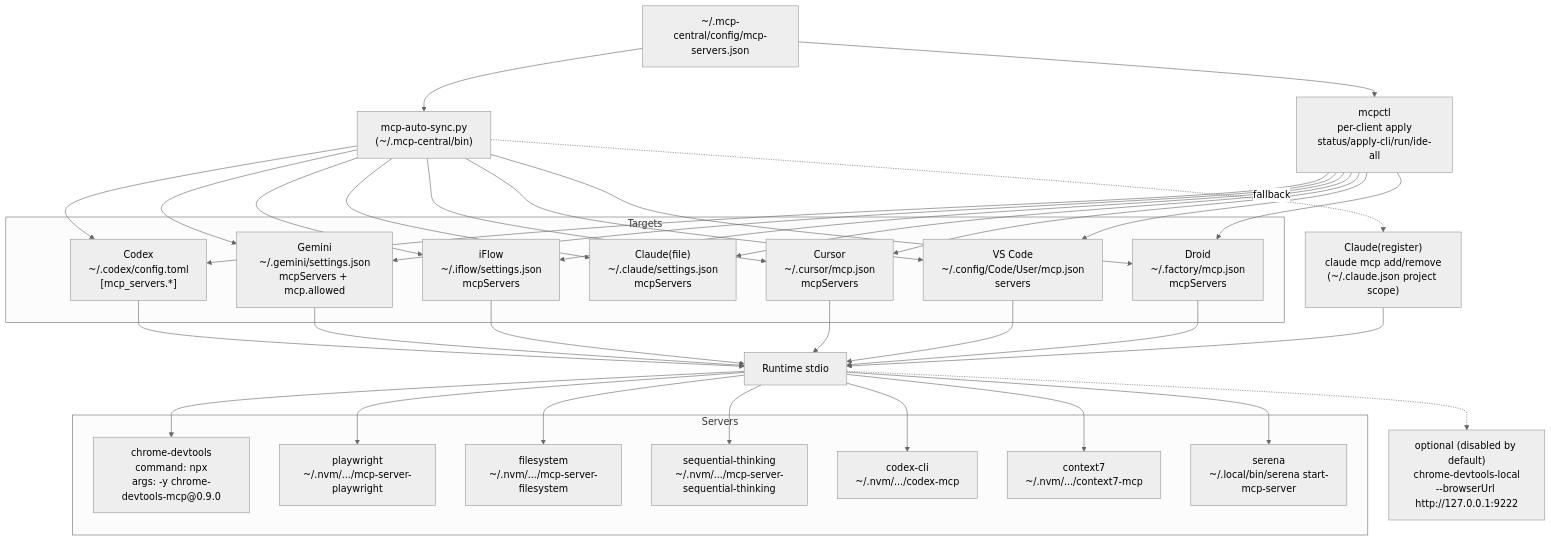
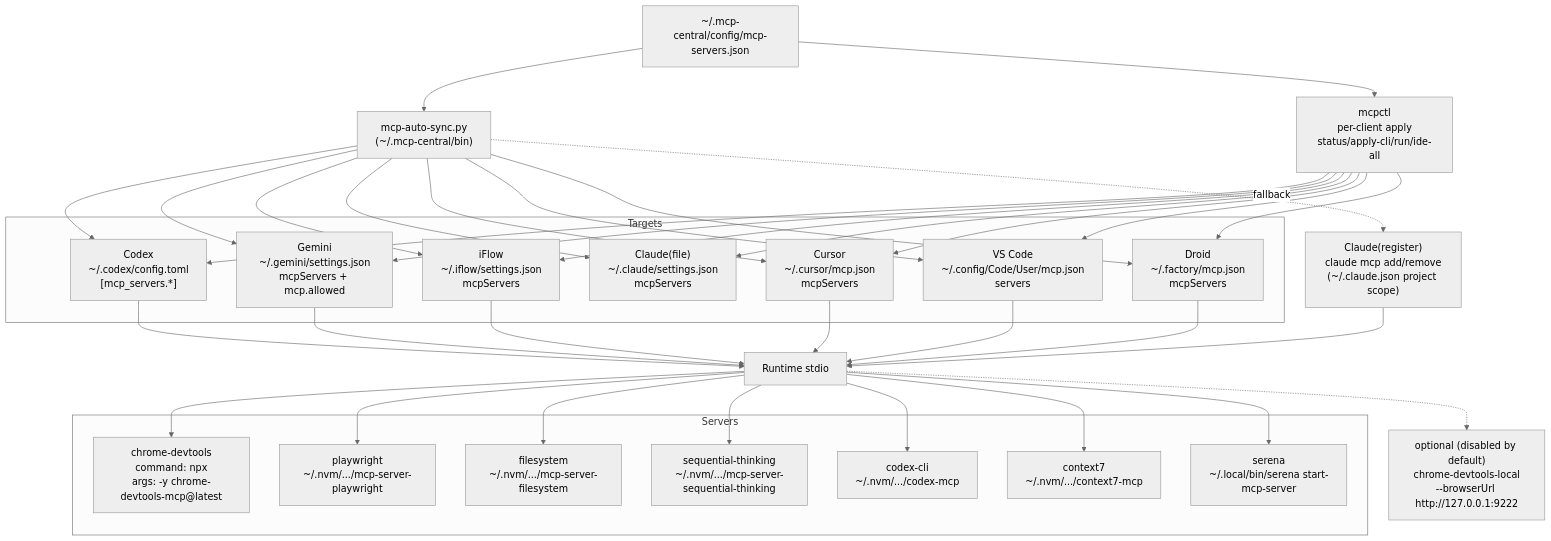
The diagram in docs/mcp-architecture.mmd (czdtech/mcp-local-manager), drawn with Mermaid (neutral theme) before and after one commit. The commit also changed 6 other files, not shown here.

Commit message:
feat(config,docs): 改为统一使用 @latest（npx）以始终使用最新版本\n\n- install/示例清单/架构图与文档全面改为 @latest\n- 去除固定 0.9.0 的表述，推荐 npx @latest\n- 同步 bin/mcp-auto-sync.py 注释\n

```diff
--- a/docs/mcp-architecture.mmd
+++ b/docs/mcp-architecture.mmd
@@ -1,61 +1,61 @@
 flowchart TD
   CENTRAL["~/.mcp-central/config/mcp-servers.json"] --> SYNC["mcp-auto-sync.py<br/>(~/.mcp-central/bin)"]
   CENTRAL --> MCPCTL["mcpctl<br/>per-client apply<br/>status/apply-cli/run/ide-all"]
 
   subgraph Targets
     CODEX["Codex<br/>~/.codex/config.toml<br/>[mcp_servers.*]"]
     GEMINI["Gemini<br/>~/.gemini/settings.json<br/>mcpServers + mcp.allowed"]
     IFLOW["iFlow<br/>~/.iflow/settings.json<br/>mcpServers"]
     CLAUDE_FILE["Claude(file)<br/>~/.claude/settings.json<br/>mcpServers"]
     CURSOR["Cursor<br/>~/.cursor/mcp.json<br/>mcpServers"]
     VSCODE["VS Code<br/>~/.config/Code/User/mcp.json<br/>servers"]
     DROID["Droid<br/>~/.factory/mcp.json<br/>mcpServers"]
   end
 
   SYNC --> CODEX
   SYNC --> GEMINI
   SYNC --> IFLOW
   SYNC --> CLAUDE_FILE
   SYNC --> CURSOR
   SYNC --> VSCODE
   SYNC --> DROID
   MCPCTL --> CODEX
   MCPCTL --> GEMINI
   MCPCTL --> IFLOW
   MCPCTL --> CLAUDE_FILE
   MCPCTL --> CURSOR
   MCPCTL --> VSCODE
   MCPCTL --> DROID
 
   CLAUDE_REG["Claude(register)<br/>claude mcp add/remove<br/>(~/.claude.json project scope)"]
   SYNC -. fallback .-> CLAUDE_REG
 
   RUNTIME[Runtime stdio]
   CODEX --> RUNTIME
   GEMINI --> RUNTIME
   IFLOW --> RUNTIME
   CLAUDE_REG --> RUNTIME
   CURSOR --> RUNTIME
   VSCODE --> RUNTIME
   DROID --> RUNTIME
 
   subgraph Servers
-    CDT["chrome-devtools<br/>command: npx<br/>args: -y chrome-devtools-mcp@0.9.0"]
+    CDT["chrome-devtools<br/>command: npx<br/>args: -y chrome-devtools-mcp@latest"]
     PW["playwright<br/>~/.nvm/.../mcp-server-playwright"]
     FS["filesystem<br/>~/.nvm/.../mcp-server-filesystem"]
     ST["sequential-thinking<br/>~/.nvm/.../mcp-server-sequential-thinking"]
     CMC["codex-cli<br/>~/.nvm/.../codex-mcp"]
     CTX7["context7<br/>~/.nvm/.../context7-mcp"]
     SERENA["serena<br/>~/.local/bin/serena start-mcp-server"]
   end
 
   RUNTIME --> CDT
   RUNTIME --> PW
   RUNTIME --> FS
   RUNTIME --> ST
   RUNTIME --> CMC
   RUNTIME --> CTX7
   RUNTIME --> SERENA
 
   CDT_LOCAL["optional (disabled by default)<br/>chrome-devtools-local<br/>--browserUrl http://127.0.0.1:9222"]
   RUNTIME -.-> CDT_LOCAL
```
